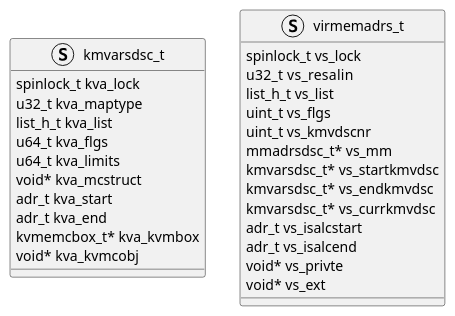
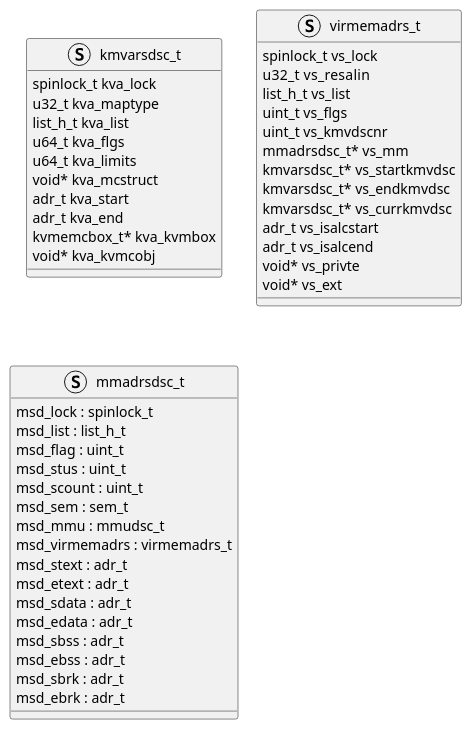
One commit to mowang111/personal_knowledge_repository changed the diagram in 0.学习笔记/a04.操作系统/操作系统实战/2.内存/5.虚拟内存.md. Above: the diagram before and after it, drawn with PlantUML.

Commit message:
vault backup: 2023-12-05 10:07:22

````diff
--- a/0.学习笔记/a04.操作系统/操作系统实战/2.内存/5.虚拟内存.md
+++ b/0.学习笔记/a04.操作系统/操作系统实战/2.内存/5.虚拟内存.md
@@ -7,29 +7,47 @@
 ```plantuml
 struct kmvarsdsc_t {
     spinlock_t kva_lock
     u32_t kva_maptype
     list_h_t kva_list
     u64_t kva_flgs
     u64_t kva_limits
     void* kva_mcstruct
     adr_t kva_start
     adr_t kva_end
     kvmemcbox_t* kva_kvmbox
     void* kva_kvmcobj
 }
 struct virmemadrs_t {
     spinlock_t vs_lock
     u32_t  vs_resalin
     list_h_t vs_list
     uint_t vs_flgs
     uint_t vs_kmvdscnr
     mmadrsdsc_t* vs_mm
     kmvarsdsc_t* vs_startkmvdsc
     kmvarsdsc_t* vs_endkmvdsc
     kmvarsdsc_t* vs_currkmvdsc
     adr_t vs_isalcstart
     adr_t vs_isalcend
     void* vs_privte
     void* vs_ext
 }
+struct mmadrsdsc_t {
+    msd_lock : spinlock_t
+    msd_list : list_h_t
+    msd_flag : uint_t
+    msd_stus : uint_t
+    msd_scount : uint_t
+    msd_sem : sem_t
+    msd_mmu : mmudsc_t
+    msd_virmemadrs : virmemadrs_t
+    msd_stext : adr_t
+    msd_etext : adr_t
+    msd_sdata : adr_t
+    msd_edata : adr_t
+    msd_sbss : adr_t
+    msd_ebss : adr_t
+    msd_sbrk : adr_t
+    msd_ebrk : adr_t
+}
 ```
````
